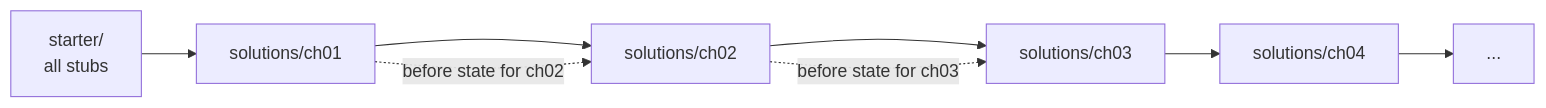
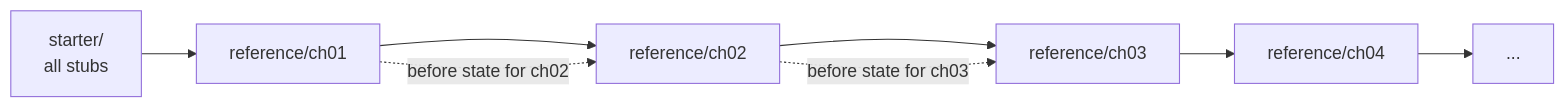
Before and after one commit to theakhandpatel/kata: the third of 5 diagrams in docs/architecture.md, drawn with Mermaid. The commit also changed other lines of this file and 32 other files, not shown here.

````diff
--- a/docs/architecture.md
+++ b/docs/architecture.md
@@ -93,11 +93,11 @@
 ```mermaid
 flowchart LR
-    S["starter/<br/>all stubs"] --> A1["solutions/ch01"]
-    A1 --> A2["solutions/ch02"]
-    A2 --> A3["solutions/ch03"]
-    A3 --> A4["solutions/ch04"]
+    S["starter/<br/>all stubs"] --> A1["reference/ch01"]
+    A1 --> A2["reference/ch02"]
+    A2 --> A3["reference/ch03"]
+    A3 --> A4["reference/ch04"]
     A4 --> D["..."]
 
     A1 -. "before state for ch02" .-> A2
     A2 -. "before state for ch03" .-> A3
 ```
````
